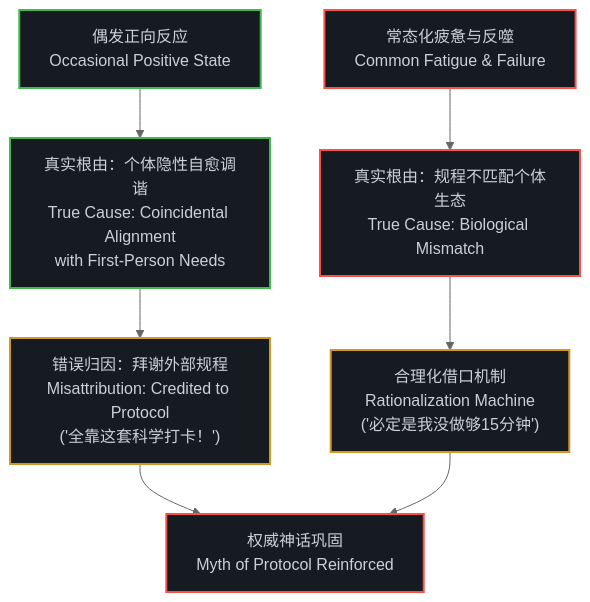
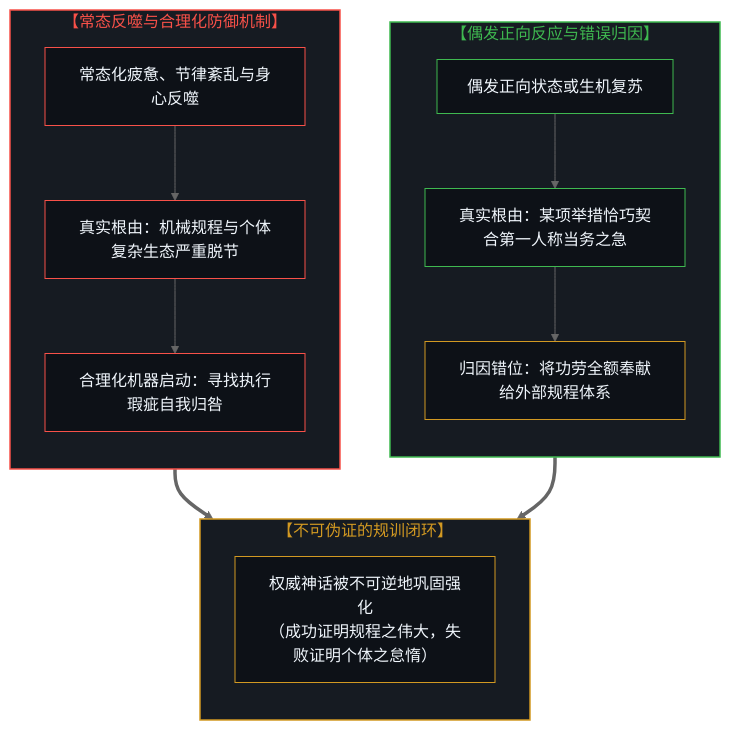
One commit to powerpig99/not-a-toe changed the seventh of 8 diagrams in content/posts/the-inversion-of-the-protocol-and-the-silencing-of-the-causal-loop.md. Above: the diagram before and after it, drawn with Mermaid (neutral theme). The commit also changed other lines of this file and 2 other files, not shown here.

Commit message:
Refine Post #327: Split Chinese and English diagrams, replace ASCII with Mermaid schematic, and de-checklist prose

````diff
--- a/content/posts/the-inversion-of-the-protocol-and-the-silencing-of-the-causal-loop.md
+++ b/content/posts/the-inversion-of-the-protocol-and-the-silencing-of-the-causal-loop.md
@@ -200,18 +277,37 @@
 ```mermaid
 graph TD
-    A["偶发正向反应<br/>Occasional Positive State"] --> B["真实根由：个体隐性自愈调谐<br/>True Cause: Coincidental Alignment<br/>with First-Person Needs"]
-    B --> C["错误归因：拜谢外部规程<br/>Misattribution: Credited to Protocol<br/>('全靠这套科学打卡！')"]
-    C --> D["权威神话巩固<br/>Myth of Protocol Reinforced"]
+    subgraph S_Success["【偶发正向反应与错误归因】"]
+        direction TB
+        A1["偶发正向状态或生机复苏"]
+        A2["真实根由：某项举措恰巧契合第一人称当务之急"]
+        A3["归因错位：将功劳全额奉献给外部规程体系"]
+        A1 --> A2 --> A3
+    end
 
-    E["常态化疲惫与反噬<br/>Common Fatigue & Failure"] --> F["真实根由：规程不匹配个体生态<br/>True Cause: Biological Mismatch"]
-    F --> G["合理化借口机制<br/>Rationalization Machine<br/>('必定是我没做够15分钟')"]
-    G --> D
+    subgraph S_Failure["【常态反噬与合理化防御机制】"]
+        direction TB
+        B1["常态化疲惫、节律紊乱与身心反噬"]
+        B2["真实根由：机械规程与个体复杂生态严重脱节"]
+        B3["合理化机器启动：寻找执行瑕疵自我归咎"]
+        B1 --> B2 --> B3
+    end
 
-    style A fill:#161b22,stroke:#3fb950,stroke-width:2px,color:#c9d1d9
-    style B fill:#161b22,stroke:#3fb950,stroke-width:2px,color:#c9d1d9
-    style C fill:#161b22,stroke:#d29922,stroke-width:2px,color:#c9d1d9
-    style D fill:#161b22,stroke:#f85149,stroke-width:2px,color:#c9d1d9
-    style E fill:#161b22,stroke:#f85149,stroke-width:2px,color:#c9d1d9
-    style F fill:#161b22,stroke:#f85149,stroke-width:2px,color:#c9d1d9
-    style G fill:#161b22,stroke:#d29922,stroke-width:2px,color:#c9d1d9
+    subgraph S_Reinforcement["【不可伪证的规训闭环】"]
+        direction TB
+        C1["权威神话被不可逆地巩固强化<br/>（成功证明规程之伟大，失败证明个体之怠惰）"]
+    end
+
+    A3 ==> C1
+    B3 ==> C1
+
+    style S_Success fill:#161b22,stroke:#3fb950,stroke-width:1.5px,color:#3fb950
+    style S_Failure fill:#161b22,stroke:#f85149,stroke-width:1.5px,color:#f85149
+    style S_Reinforcement fill:#161b22,stroke:#d29922,stroke-width:1.5px,color:#d29922
+    style A1 fill:#0d1117,stroke:#3fb950,stroke-width:1px,color:#f0f6fc
+    style A2 fill:#0d1117,stroke:#3fb950,stroke-width:1px,color:#f0f6fc
+    style A3 fill:#0d1117,stroke:#d29922,stroke-width:1px,color:#f0f6fc
+    style B1 fill:#0d1117,stroke:#f85149,stroke-width:1px,color:#f0f6fc
+    style B2 fill:#0d1117,stroke:#f85149,stroke-width:1px,color:#f0f6fc
+    style B3 fill:#0d1117,stroke:#f85149,stroke-width:1px,color:#f0f6fc
+    style C1 fill:#0d1117,stroke:#d29922,stroke-width:1px,color:#f0f6fc
 ```
````
